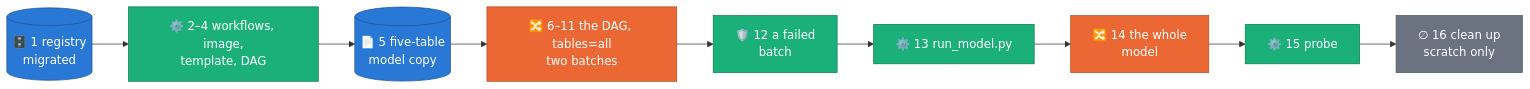
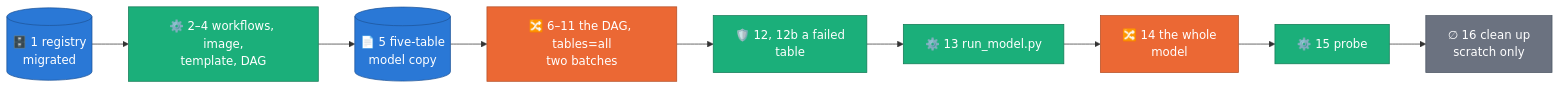
Before and after one commit to albertols/synthetic-llm-dataflow-bigquery: the fourth of 9 diagrams in docs/RUN_PLAYBOOK.md, drawn with Mermaid. The commit also changed other lines of this file and 6 other files, not shown here.

````diff
--- a/docs/RUN_PLAYBOOK.md
+++ b/docs/RUN_PLAYBOOK.md
@@ -968,19 +984,19 @@
 ```mermaid
 flowchart LR
   classDef beam  fill:#eb6834,color:#fff,stroke:#b44f26
   classDef cpu   fill:#1baf7a,color:#fff,stroke:#127a55
   classDef gpu   fill:#7a3fd1,color:#fff,stroke:#5a2f9d
   classDef store fill:#2a78d6,color:#fff,stroke:#1d5599
   classDef data  fill:#6b7280,color:#fff,stroke:#4b5563
 
   M[("🗄️ 1 registry<br/>migrated")]:::store
   B["⚙️ 2–4 workflows, image,<br/>template, DAG"]:::cpu
   S[("📄 5 five-table<br/>model copy")]:::store
   D["🔀 6–11 the DAG, tables=all<br/>two batches"]:::beam
-  F["🛡️ 12 a failed<br/>batch"]:::cpu
+  F["🛡️ 12, 12b a failed<br/>table"]:::cpu
   C["⚙️ 13 run_model.py"]:::cpu
   W["🔀 14 the whole<br/>model"]:::beam
   P["⚙️ 15 probe"]:::cpu
   X["∅ 16 clean up<br/>scratch only"]:::data
   M --> B --> S --> D --> F --> C --> W --> P --> X
 ```
````
